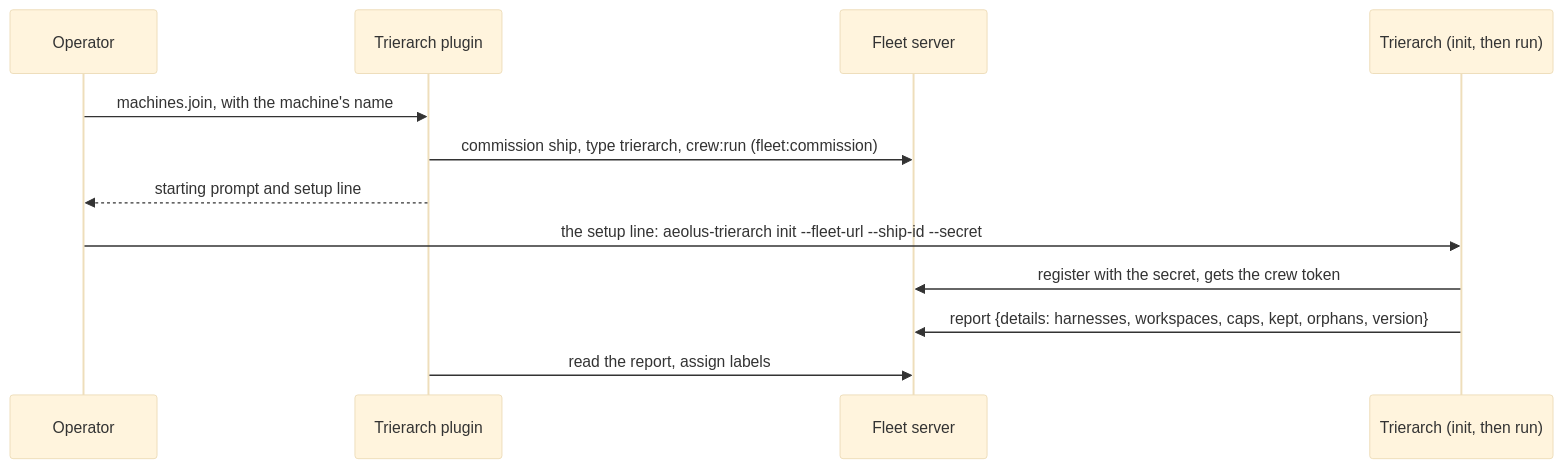
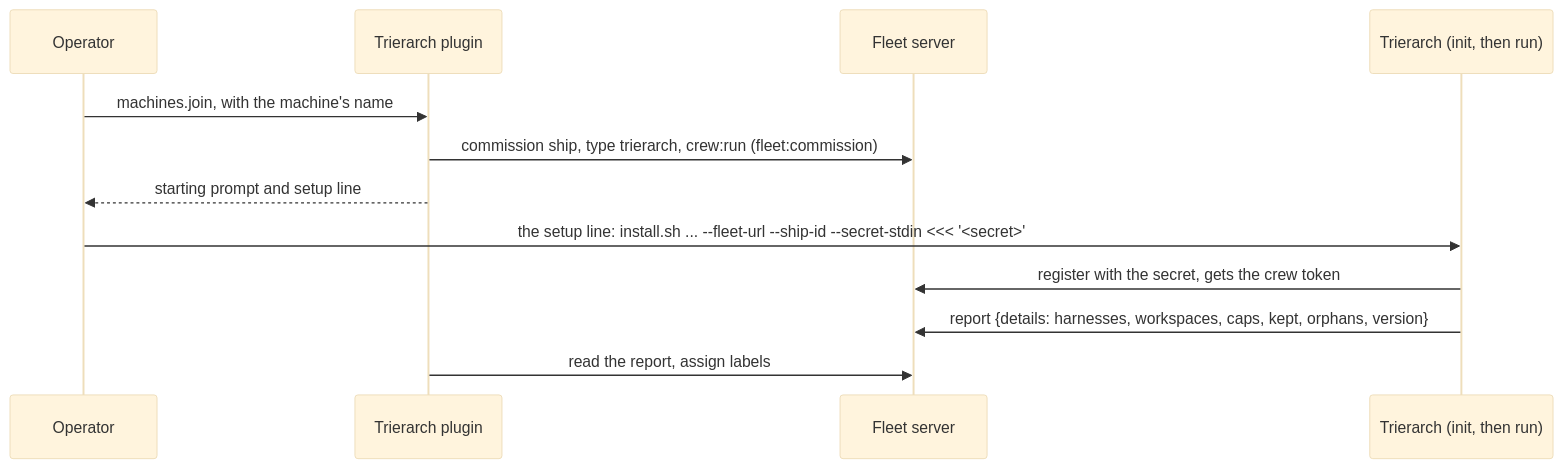
One commit to ThomasHendrickx/aeolus-fleet-trierarch changed the first of 5 diagrams in docs/architecture.md. Above: the diagram before and after it, drawn with Mermaid (base theme). The commit also changed 4 other files, not shown here.

Commit message:
docs: update ship secret setup instructions

````diff
--- a/docs/architecture.md
+++ b/docs/architecture.md
@@ -61,14 +61,14 @@
 ```mermaid
 sequenceDiagram
   participant O as Operator
   participant P as Trierarch plugin
   participant F as Fleet server
   participant T as Trierarch (init, then run)
   O->>P: machines.join, with the machine's name
   P->>F: commission ship, type trierarch, crew:run (fleet:commission)
   P-->>O: starting prompt and setup line
-  O->>T: the setup line: aeolus-trierarch init --fleet-url --ship-id --secret
+  O->>T: the setup line: install.sh ... --fleet-url --ship-id --secret-stdin <<< '<secret>'
   T->>F: register with the secret, gets the crew token
   T->>F: report {details: harnesses, workspaces, caps, kept, orphans, version}
   P->>F: read the report, assign labels
 ```
````
